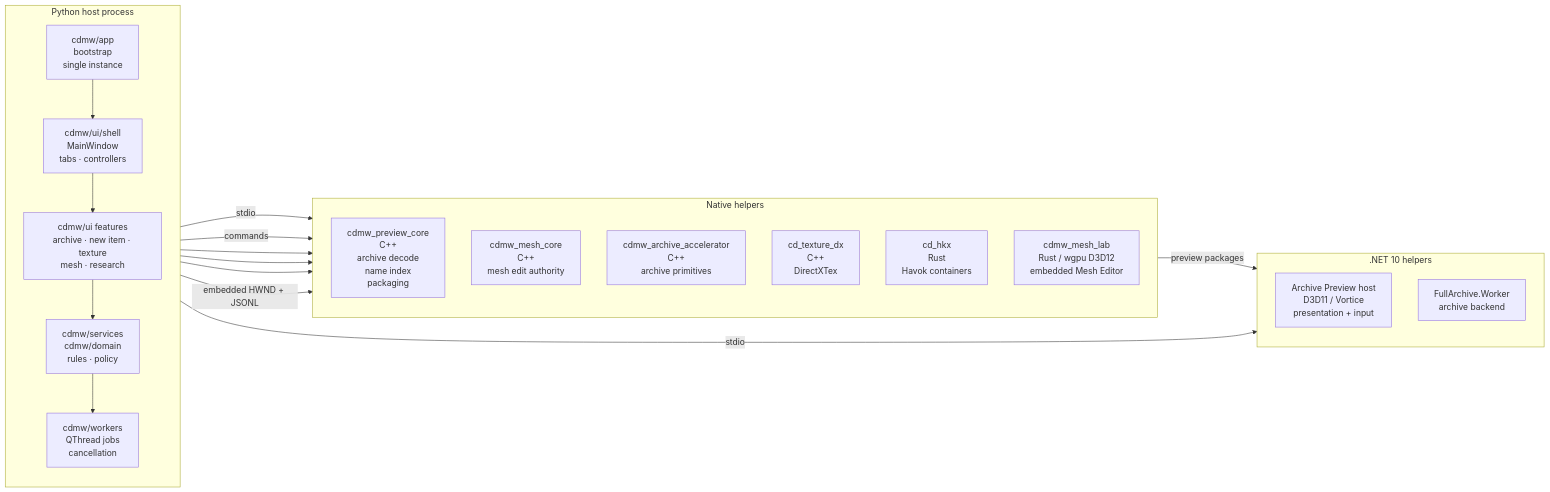
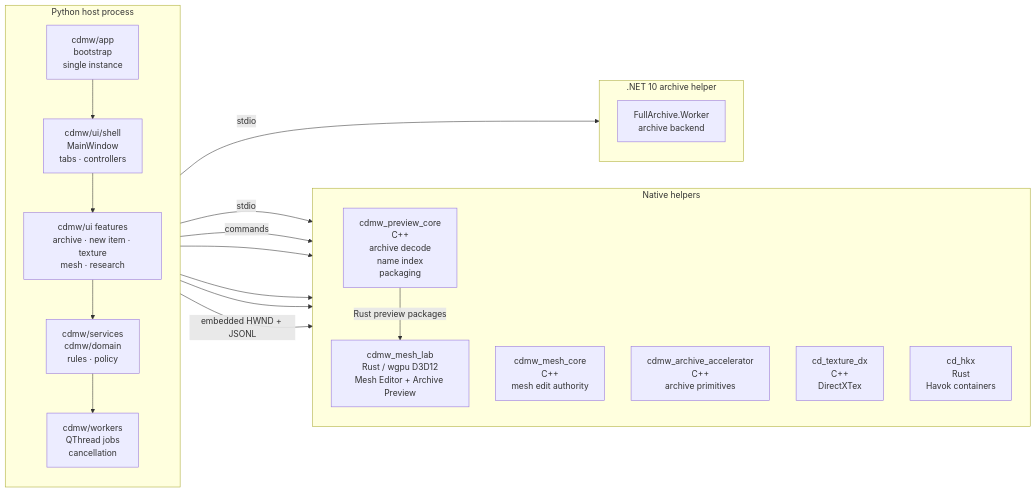
The second of 5 diagrams in README.md (Ratty123/CDMW-Full), drawn with Mermaid before and after one commit. The commit also changed other lines of this file and 178 other files, not shown here.

````diff
--- a/README.md
+++ b/README.md
@@ -270,37 +270,36 @@
 ```mermaid
 flowchart LR
     subgraph host["Python host process"]
         direction TB
         APP["cdmw/app<br/>bootstrap<br/>single instance"]
         SHELL["cdmw/ui/shell<br/>MainWindow<br/>tabs · controllers"]
         FEAT["cdmw/ui features<br/>archive · new item · texture<br/>mesh · research"]
         SVC["cdmw/services<br/>cdmw/domain<br/>rules · policy"]
         WRK["cdmw/workers<br/>QThread jobs<br/>cancellation"]
         APP --> SHELL --> FEAT --> SVC --> WRK
     end
 
     subgraph native["Native helpers"]
         direction TB
         PREV["cdmw_preview_core<br/>C++<br/>archive decode<br/>name index<br/>packaging"]
         MESH["cdmw_mesh_core<br/>C++<br/>mesh edit authority"]
         ACC["cdmw_archive_accelerator<br/>C++<br/>archive primitives"]
         TEX["cd_texture_dx<br/>C++<br/>DirectXTex"]
         HKX["cd_hkx<br/>Rust<br/>Havok containers"]
-        RUSTEDIT["cdmw_mesh_lab<br/>Rust / wgpu D3D12<br/>embedded Mesh Editor"]
+        RUSTEDIT["cdmw_mesh_lab<br/>Rust / wgpu D3D12<br/>Mesh Editor + Archive Preview"]
     end
 
-    subgraph dotnet[".NET 10 helpers"]
+    subgraph dotnet[".NET 10 archive helper"]
         direction TB
-        ARCHPREVIEW["Archive Preview host<br/>D3D11 / Vortice<br/>presentation + input"]
         ARCH["FullArchive.Worker<br/>archive backend"]
     end
 
     WRK -->|stdio| PREV
     WRK -->|stdio| ARCH
     SVC -->|commands| MESH
     WRK --> ACC
     WRK --> TEX
     WRK --> HKX
     FEAT -->|embedded HWND + JSONL| RUSTEDIT
-    PREV -->|preview packages| ARCHPREVIEW
+    PREV -->|Rust preview packages| RUSTEDIT
 ```
````
